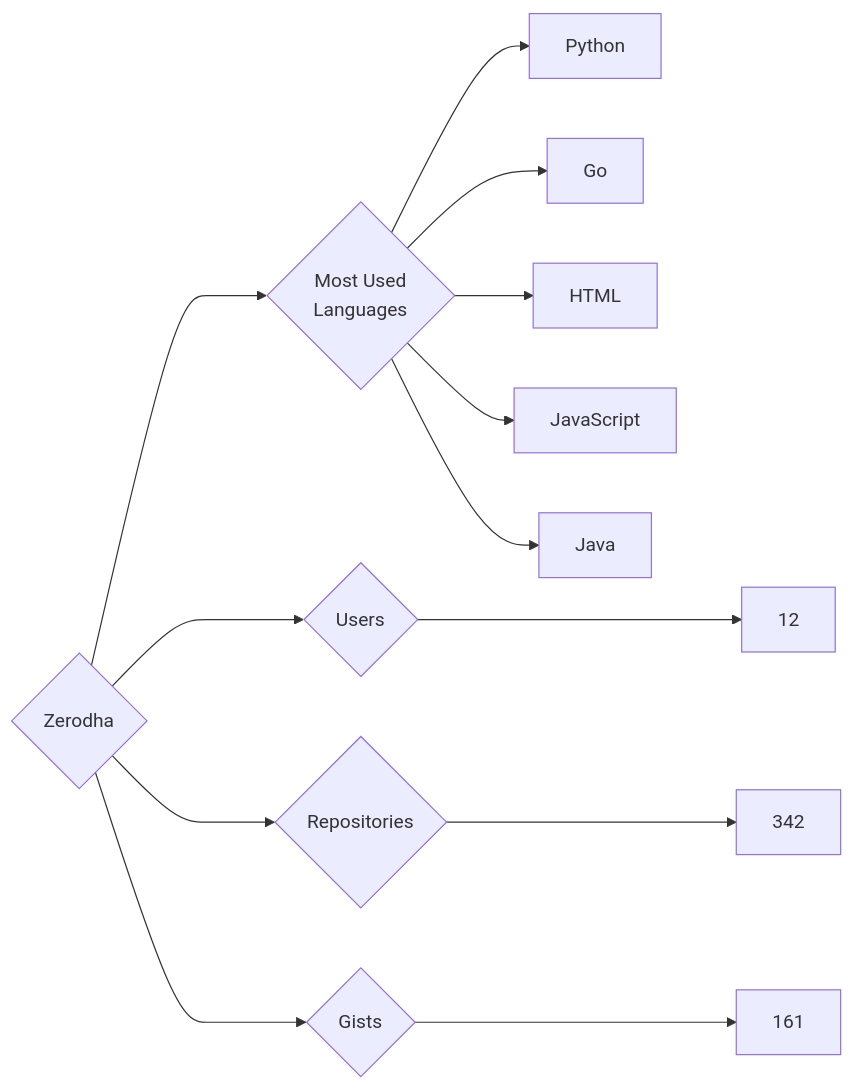
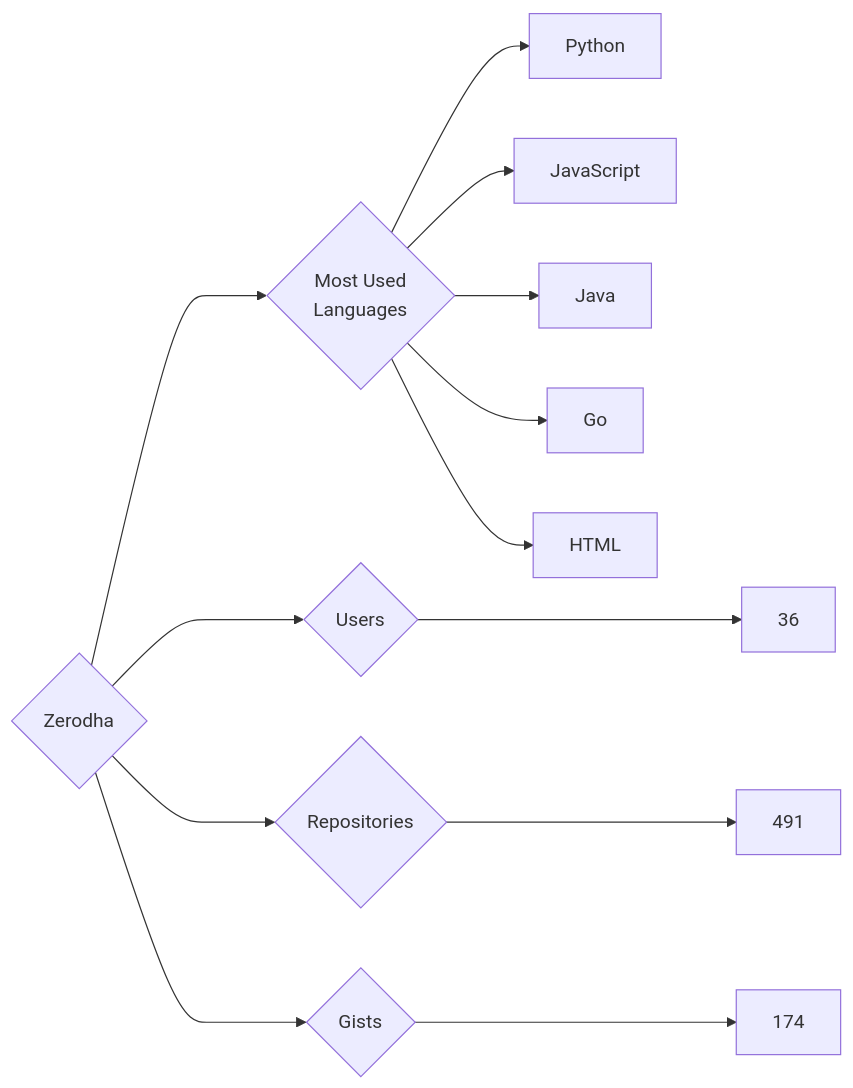
One commit to trickest/insiders changed the diagram in targets/Zerodha/README.md. Above: the diagram before and after it, drawn with Mermaid. The commit also changed 835 other files, not shown here.

````diff
--- a/targets/Zerodha/README.md
+++ b/targets/Zerodha/README.md
@@ -3,13 +3,13 @@
 ```mermaid
 graph LR
 COMPANY_NAME{Zerodha}
-COMPANY_NAME ---> U{Users} ---> UN[12]
-COMPANY_NAME ---> R{Repositories} ---> RN[342]
-COMPANY_NAME ---> G{Gists} ---> GN[161]
+COMPANY_NAME ---> U{Users} ---> UN[36]
+COMPANY_NAME ---> R{Repositories} ---> RN[491]
+COMPANY_NAME ---> G{Gists} ---> GN[174]
 COMPANY_NAME ---> ML{Most Used<br>Languages}
 ML --> Python[Python]
+ML --> JavaScript[JavaScript]
+ML --> Java[Java]
 ML --> Go[Go]
 ML --> HTML[HTML]
-ML --> JavaScript[JavaScript]
-ML --> Java[Java]
 ```
````
